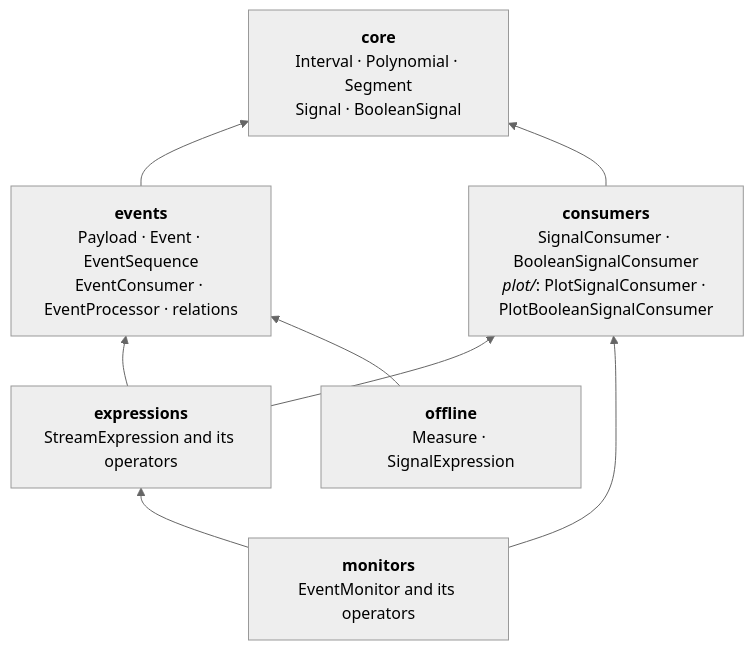
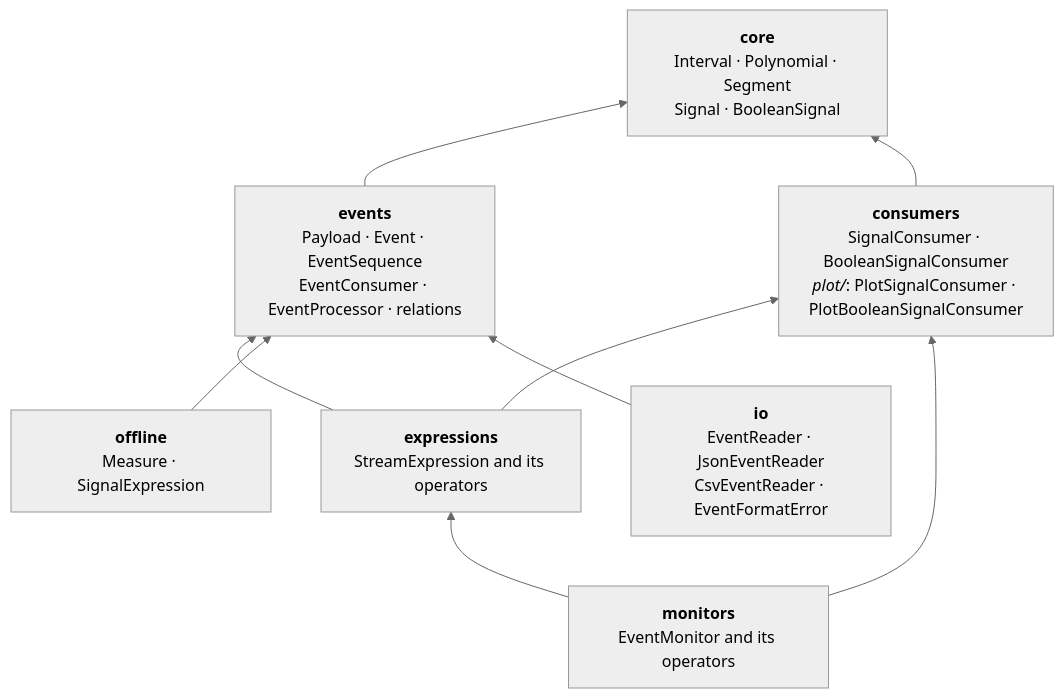
Before and after one commit to quasylab/CyTLMonitor: the first of 5 diagrams in docs/architecture.md, drawn with Mermaid (neutral theme). The commit also changed other lines of this file and 12 other files, not shown here.

First line of the commit message:
Add readers of event sequences from JSON and CSV files

````diff
--- a/docs/architecture.md
+++ b/docs/architecture.md
@@ -8,16 +8,18 @@
 ```mermaid
 flowchart BT
     core["<b>core</b><br/>Interval · Polynomial · Segment<br/>Signal · BooleanSignal"]
     events["<b>events</b><br/>Payload · Event · EventSequence<br/>EventConsumer · EventProcessor · relations"]
     consumers["<b>consumers</b><br/>SignalConsumer · BooleanSignalConsumer<br/><i>plot/</i>: PlotSignalConsumer · PlotBooleanSignalConsumer"]
     expressions["<b>expressions</b><br/>StreamExpression and its operators"]
     monitors["<b>monitors</b><br/>EventMonitor and its operators"]
     offline["<b>offline</b><br/>Measure · SignalExpression"]
+    io["<b>io</b><br/>EventReader · JsonEventReader<br/>CsvEventReader · EventFormatError"]
     events --> core
     consumers --> core
     expressions --> events
     expressions --> consumers
     monitors --> expressions
     monitors --> consumers
     offline --> events
+    io --> events
 ```
````
